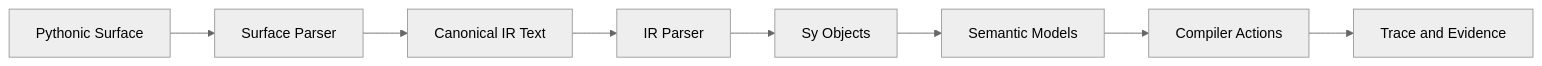
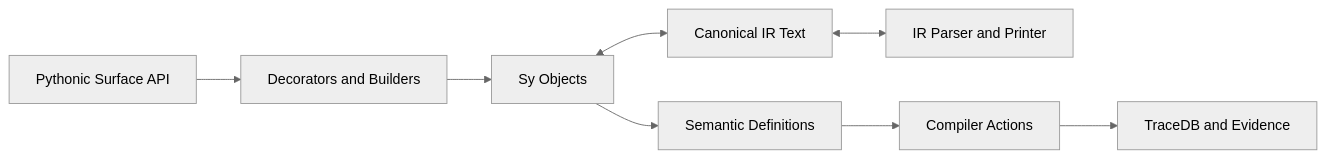
The diagram in docs/notes/compiler_framework_sources.md (uv-xiao/IntelliC), drawn with Mermaid (neutral theme) before and after one commit. The commit also changed other lines of this file and 14 other files, not shown here.

First line of the commit message:
Adopt High-Level IntelliC Compiler Architecture (#69)

````diff
--- a/docs/notes/compiler_framework_sources.md
+++ b/docs/notes/compiler_framework_sources.md
@@ -56,10 +76,10 @@
 ```mermaid
 flowchart LR
-    A[Pythonic Surface] --> B[Surface Parser]
-    B --> C[Canonical IR Text]
-    C --> D[IR Parser]
-    D --> E[Sy Objects]
-    E --> F[Semantic Models]
+    A[Pythonic Surface API] --> B[Decorators and Builders]
+    B --> C[Sy Objects]
+    C <--> D[Canonical IR Text]
+    D <--> E[IR Parser and Printer]
+    C --> F[Semantic Definitions]
     F --> G[Compiler Actions]
-    G --> H[Trace and Evidence]
+    G --> H[TraceDB and Evidence]
 ```
````
